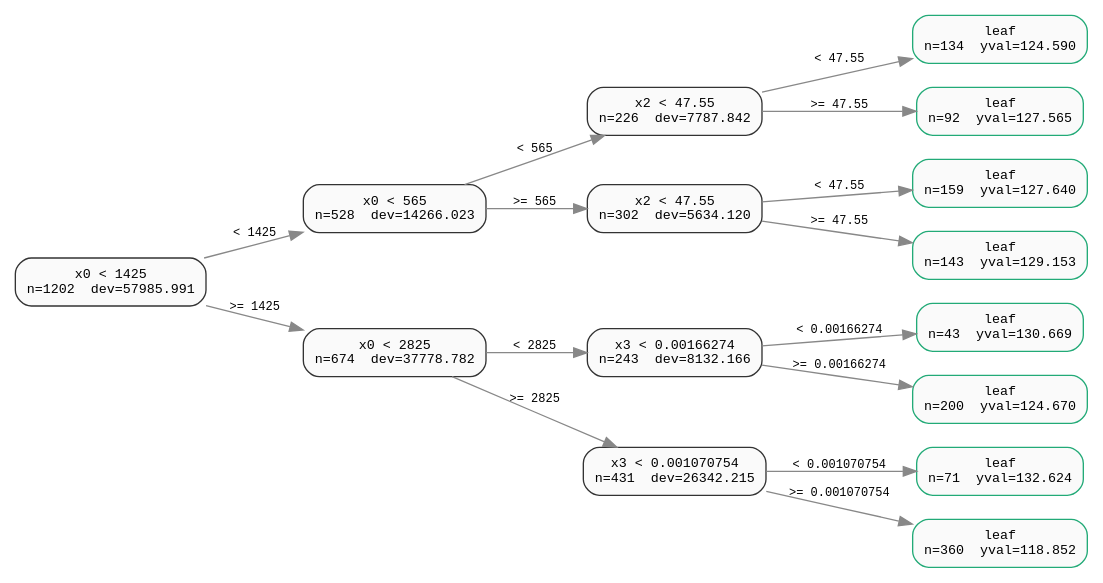
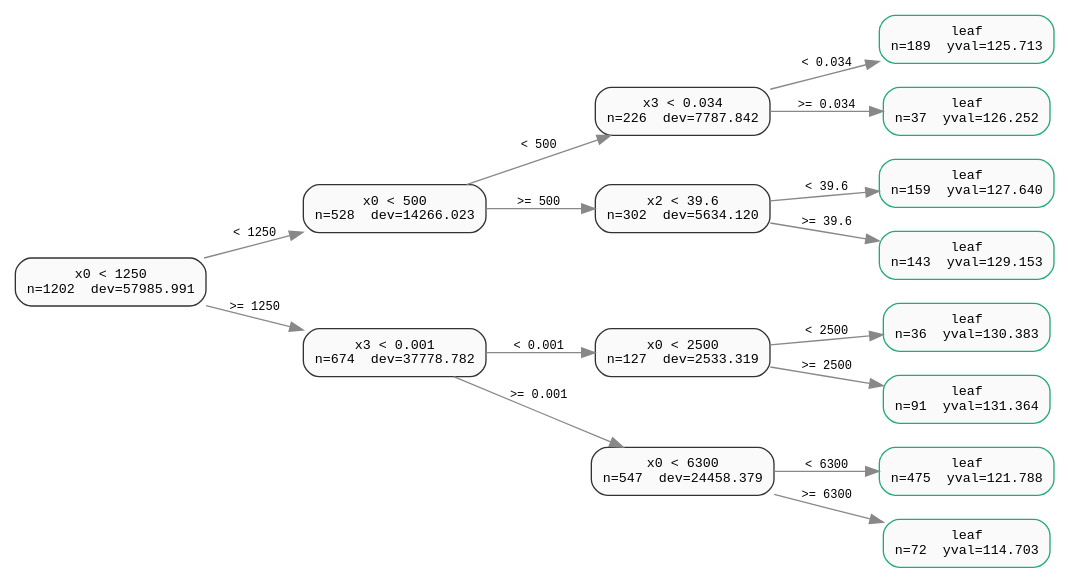
Before and after one commit to jkapila/mltreelib: the diagram in docs/assets/airfoil_tree.dot, drawn with Graphviz. The commit also changed 34 other files, not shown here.

First line of the commit message:
Overhaul plot styling, expand chart gallery, and add feature guides

```diff
--- a/docs/assets/airfoil_tree.dot
+++ b/docs/assets/airfoil_tree.dot
@@ -1,34 +1,34 @@
 digraph tree {
   rankdir=LR;
   node [shape=box, style="rounded,filled", fillcolor="#fafafa", fontname="monospace", fontsize=10];
   edge [fontname="monospace", fontsize=9, color="#888888"];
-  n8 [label="leaf\nn=134  yval=124.590", color="#22aa77"];
-  n9 [label="leaf\nn=92  yval=127.565", color="#22aa77"];
-  n4 [label="x2 < 47.55\nn=226  dev=7787.842", color="#333333"];
+  n8 [label="leaf\nn=189  yval=125.713", color="#22aa77"];
+  n9 [label="leaf\nn=37  yval=126.252", color="#22aa77"];
+  n4 [label="x3 < 0.034\nn=226  dev=7787.842", color="#333333"];
   n10 [label="leaf\nn=159  yval=127.640", color="#22aa77"];
   n11 [label="leaf\nn=143  yval=129.153", color="#22aa77"];
-  n5 [label="x2 < 47.55\nn=302  dev=5634.120", color="#333333"];
-  n2 [label="x0 < 565\nn=528  dev=14266.023", color="#333333"];
-  n12 [label="leaf\nn=43  yval=130.669", color="#22aa77"];
-  n13 [label="leaf\nn=200  yval=124.670", color="#22aa77"];
-  n6 [label="x3 < 0.00166274\nn=243  dev=8132.166", color="#333333"];
-  n14 [label="leaf\nn=71  yval=132.624", color="#22aa77"];
-  n15 [label="leaf\nn=360  yval=118.852", color="#22aa77"];
-  n7 [label="x3 < 0.001070754\nn=431  dev=26342.215", color="#333333"];
-  n3 [label="x0 < 2825\nn=674  dev=37778.782", color="#333333"];
-  n1 [label="x0 < 1425\nn=1202  dev=57985.991", color="#333333"];
-  n4 -> n8 [label="< 47.55"];
-  n4 -> n9 [label=">= 47.55"];
-  n5 -> n10 [label="< 47.55"];
-  n5 -> n11 [label=">= 47.55"];
-  n2 -> n4 [label="< 565"];
-  n2 -> n5 [label=">= 565"];
-  n6 -> n12 [label="< 0.00166274"];
-  n6 -> n13 [label=">= 0.00166274"];
-  n7 -> n14 [label="< 0.001070754"];
-  n7 -> n15 [label=">= 0.001070754"];
-  n3 -> n6 [label="< 2825"];
-  n3 -> n7 [label=">= 2825"];
-  n1 -> n2 [label="< 1425"];
-  n1 -> n3 [label=">= 1425"];
+  n5 [label="x2 < 39.6\nn=302  dev=5634.120", color="#333333"];
+  n2 [label="x0 < 500\nn=528  dev=14266.023", color="#333333"];
+  n12 [label="leaf\nn=36  yval=130.383", color="#22aa77"];
+  n13 [label="leaf\nn=91  yval=131.364", color="#22aa77"];
+  n6 [label="x0 < 2500\nn=127  dev=2533.319", color="#333333"];
+  n14 [label="leaf\nn=475  yval=121.788", color="#22aa77"];
+  n15 [label="leaf\nn=72  yval=114.703", color="#22aa77"];
+  n7 [label="x0 < 6300\nn=547  dev=24458.379", color="#333333"];
+  n3 [label="x3 < 0.001\nn=674  dev=37778.782", color="#333333"];
+  n1 [label="x0 < 1250\nn=1202  dev=57985.991", color="#333333"];
+  n4 -> n8 [label="< 0.034"];
+  n4 -> n9 [label=">= 0.034"];
+  n5 -> n10 [label="< 39.6"];
+  n5 -> n11 [label=">= 39.6"];
+  n2 -> n4 [label="< 500"];
+  n2 -> n5 [label=">= 500"];
+  n6 -> n12 [label="< 2500"];
+  n6 -> n13 [label=">= 2500"];
+  n7 -> n14 [label="< 6300"];
+  n7 -> n15 [label=">= 6300"];
+  n3 -> n6 [label="< 0.001"];
+  n3 -> n7 [label=">= 0.001"];
+  n1 -> n2 [label="< 1250"];
+  n1 -> n3 [label=">= 1250"];
 }
```
